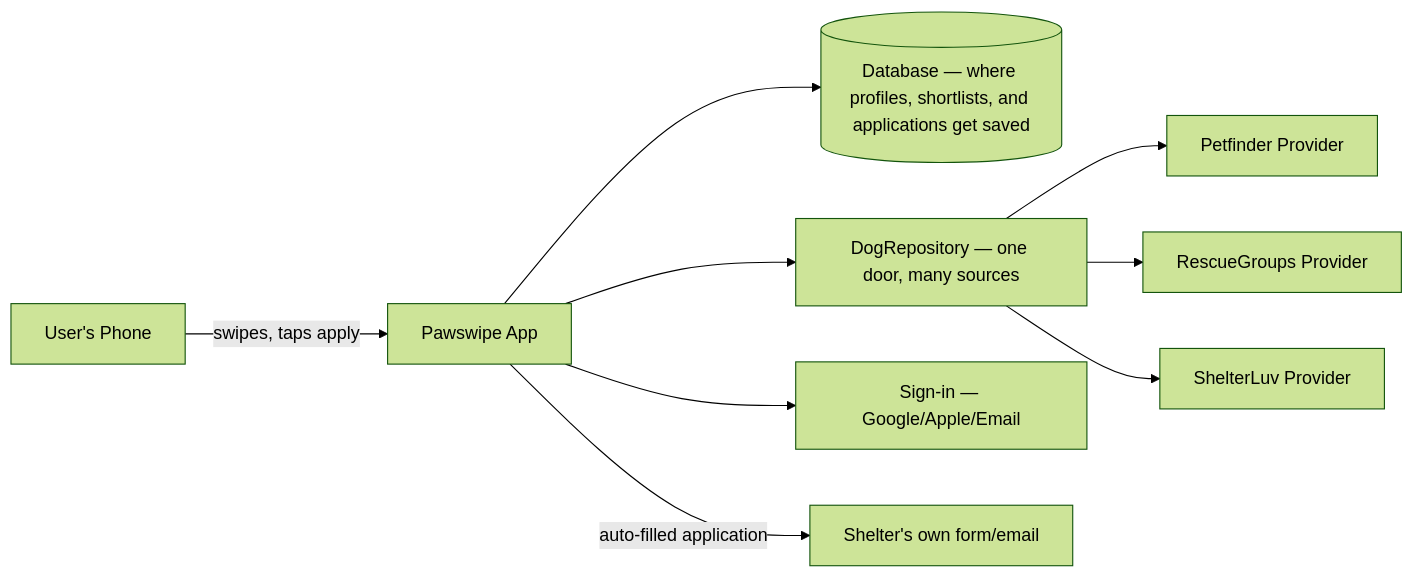
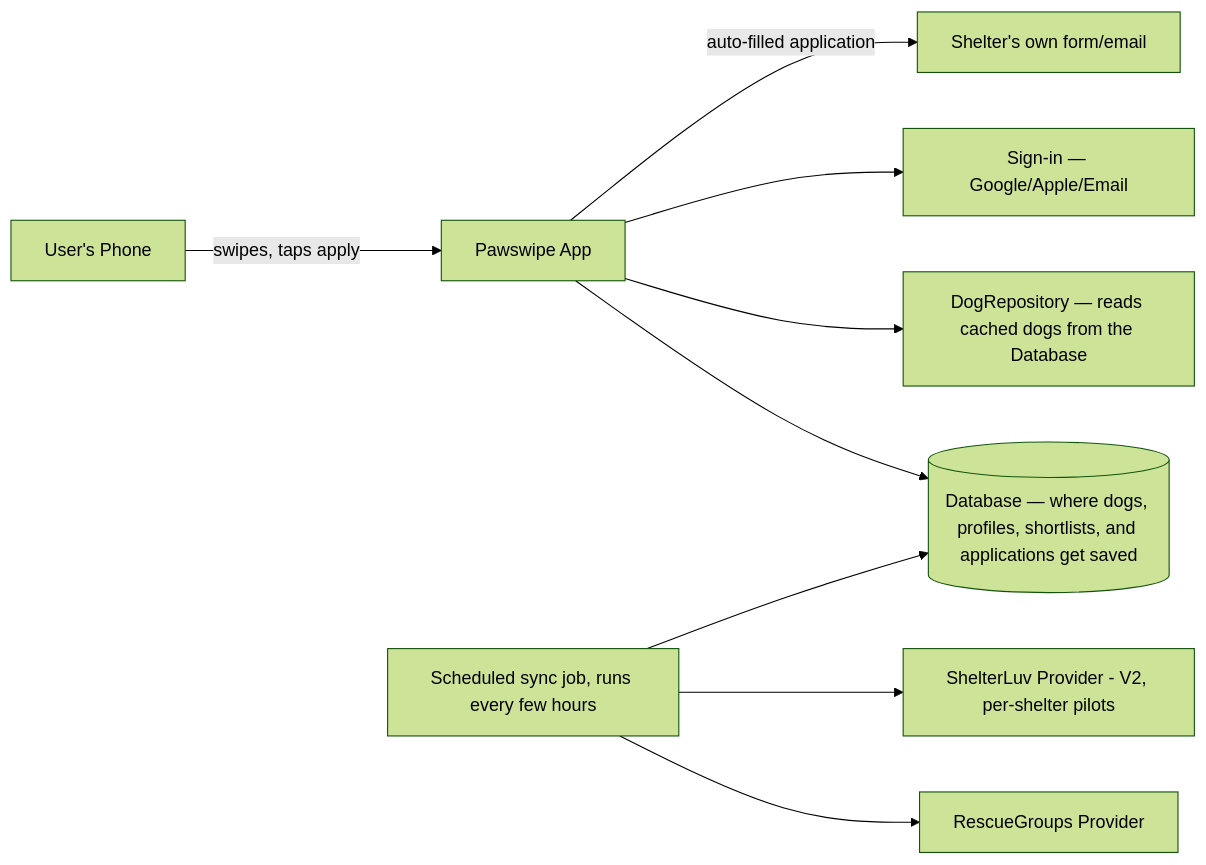
One commit to alexyung14-afk/pawswipe changed the fourth of 5 diagrams in docs/PLAN.md. Above: the diagram before and after it, drawn with Mermaid (forest theme). The commit also changed other lines of this file and 5 other files, not shown here.

First line of the commit message:
Phase 4: DogRepository and listings

````diff
--- a/docs/PLAN.md
+++ b/docs/PLAN.md
@@ -94,11 +94,11 @@
 ```mermaid
 flowchart LR
     U[User's Phone] -->|swipes, taps apply| App[Pawswipe App]
-    App --> DB[(Database — where profiles, shortlists, and applications get saved)]
-    App --> Repo[DogRepository — one door, many sources]
-    Repo --> PF[Petfinder Provider]
-    Repo --> RG[RescueGroups Provider]
-    Repo --> SL[ShelterLuv Provider]
+    App --> DB[(Database — where dogs, profiles, shortlists, and applications get saved)]
+    App --> Repo[DogRepository — reads cached dogs from the Database]
+    Sync[Scheduled sync job, runs every few hours] --> RG[RescueGroups Provider]
+    Sync --> SL[ShelterLuv Provider - V2, per-shelter pilots]
+    Sync --> DB
     App --> Auth[Sign-in — Google/Apple/Email]
     App -->|auto-filled application| Shelter[Shelter's own form/email]
 ```
````
